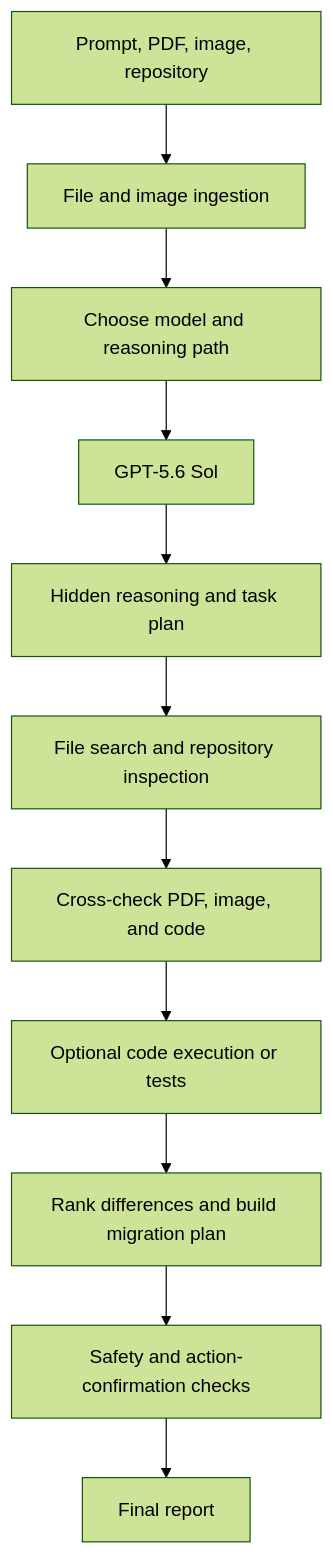
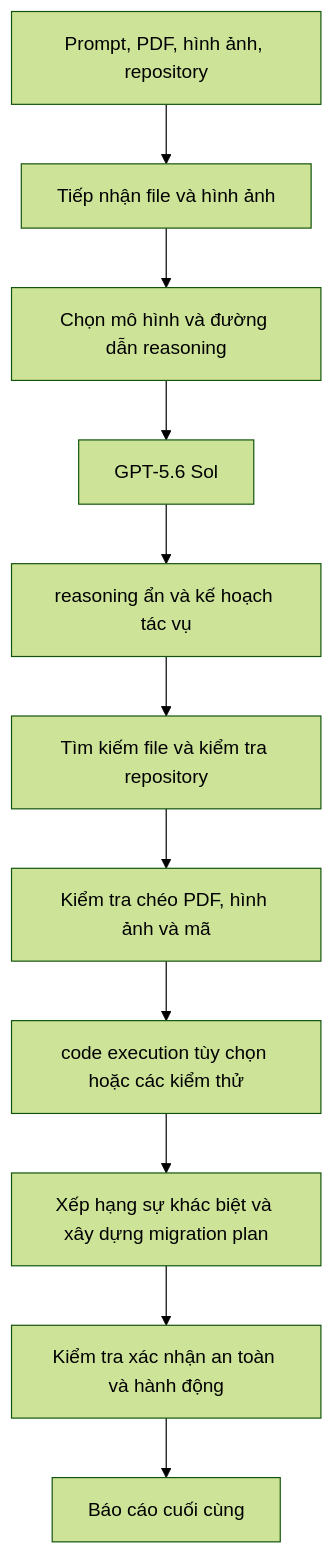
Before and after one commit to cycler04/VinRobotics-VLA: diagram 12 of 28 in docs/research_finding/01-gwen/broad_overview/LLM_VLM/recent_llm_overview.md, drawn with Mermaid (forest theme). The commit also changed other lines of this file and 79 other files, not shown here.

````diff
--- a/docs/research_finding/01-gwen/broad_overview/LLM_VLM/recent_llm_overview.md
+++ b/docs/research_finding/01-gwen/broad_overview/LLM_VLM/recent_llm_overview.md
@@ -1056,13 +1056,13 @@
 ```mermaid
 flowchart TD
-    U[Prompt, PDF, image, repository] --> Ingest[File and image ingestion]
-    Ingest --> Router[Choose model and reasoning path]
+    U[Prompt, PDF, hình ảnh, repository] --> Ingest[Tiếp nhận file và hình ảnh]
+    Ingest --> Router[Chọn mô hình và đường dẫn reasoning]
     Router --> Sol[GPT-5.6 Sol]
-    Sol --> Plan[Hidden reasoning and task plan]
-    Plan --> Retrieve[File search and repository inspection]
-    Retrieve --> Verify[Cross-check PDF, image, and code]
-    Verify --> Code[Optional code execution or tests]
-    Code --> Synthesize[Rank differences and build migration plan]
-    Synthesize --> Safe[Safety and action-confirmation checks]
-    Safe --> O[Final report]
+    Sol --> Plan[reasoning ẩn và kế hoạch tác vụ]
+    Plan --> Retrieve[Tìm kiếm file và kiểm tra repository]
+    Retrieve --> Verify[Kiểm tra chéo PDF, hình ảnh và mã]
+    Verify --> Code[code execution tùy chọn hoặc các kiểm thử]
+    Code --> Synthesize[Xếp hạng sự khác biệt và xây dựng migration plan]
+    Synthesize --> Safe[Kiểm tra xác nhận an toàn và hành động]
+    Safe --> O[Báo cáo cuối cùng]
 ```
````
